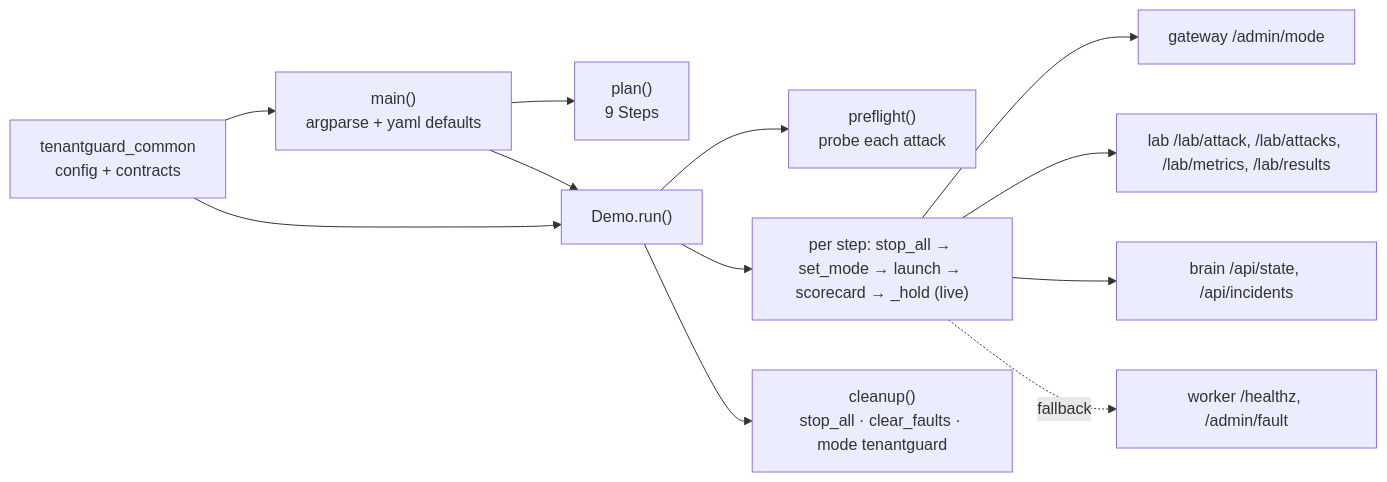
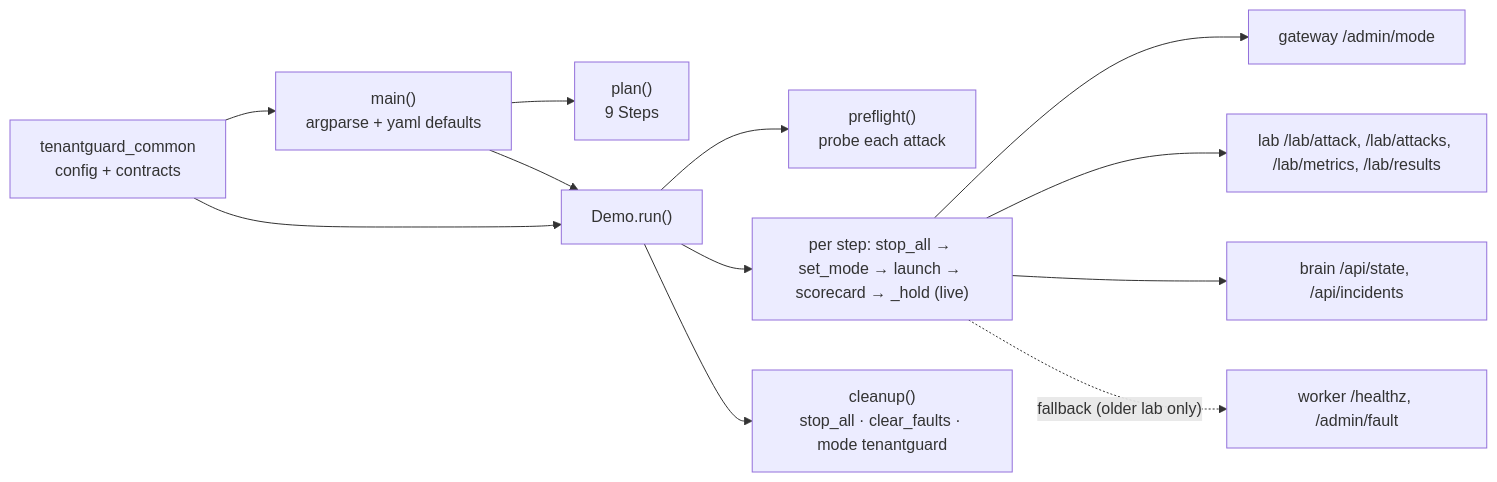
The diagram in prototype-docs/11_FILES_tools.md (yashodeepchaudhari/tenantguard), drawn with Mermaid before and after one commit. The commit also changed other lines of this file and 11 other files, not shown here.

````diff
--- a/prototype-docs/11_FILES_tools.md
+++ b/prototype-docs/11_FILES_tools.md
@@ -5,13 +5,13 @@
 ```mermaid
 flowchart LR
   main["main()<br/>argparse + yaml defaults"] --> plan["plan()<br/>9 Steps"]
   main --> Demo["Demo.run()"]
   Demo --> pre["preflight()<br/>probe each attack"]
   Demo --> loop["per step: stop_all → set_mode → launch → scorecard → _hold (live)"]
   Demo --> clean["cleanup()<br/>stop_all · clear_faults · mode tenantguard"]
   loop --> GW["gateway /admin/mode"]
   loop --> LAB["lab /lab/attack, /lab/attacks, /lab/metrics, /lab/results"]
   loop --> BR["brain /api/state, /api/incidents"]
-  loop -. "fallback" .-> WK["worker /healthz, /admin/fault"]
+  loop -. "fallback (older lab only)" .-> WK["worker /healthz, /admin/fault"]
   cfg["tenantguard_common<br/>config + contracts"] --> main & Demo
 ```
````
